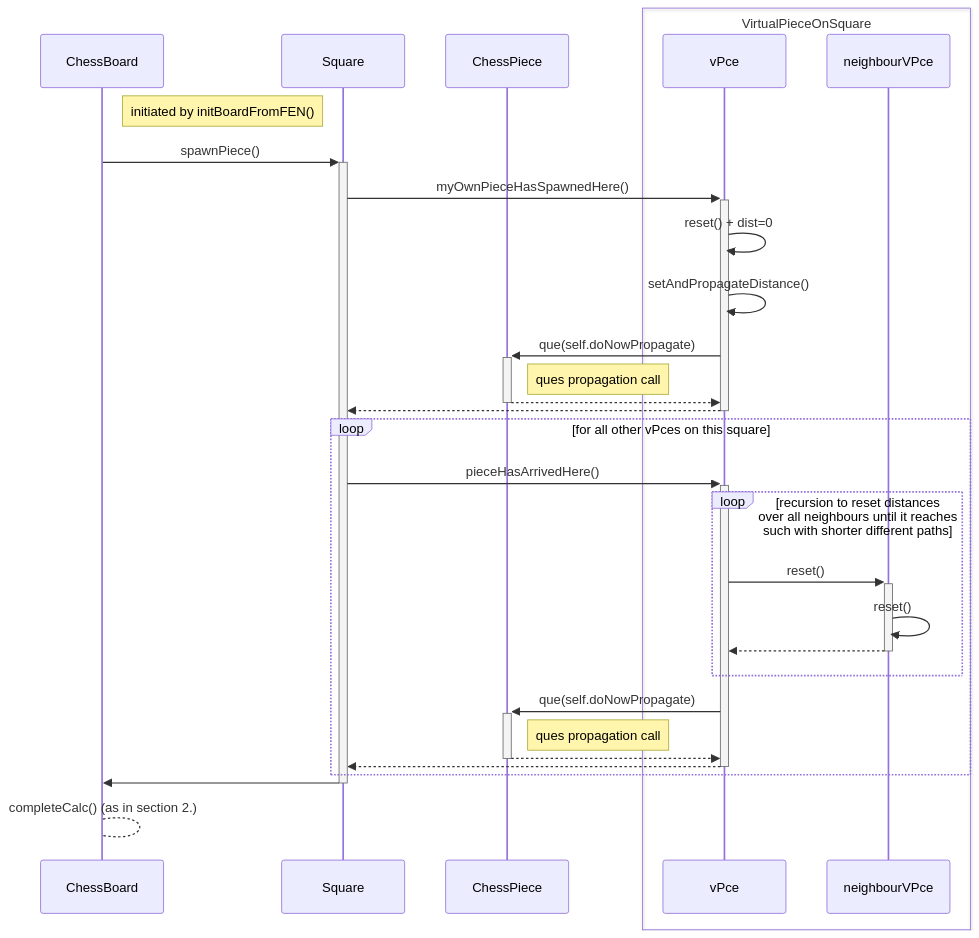
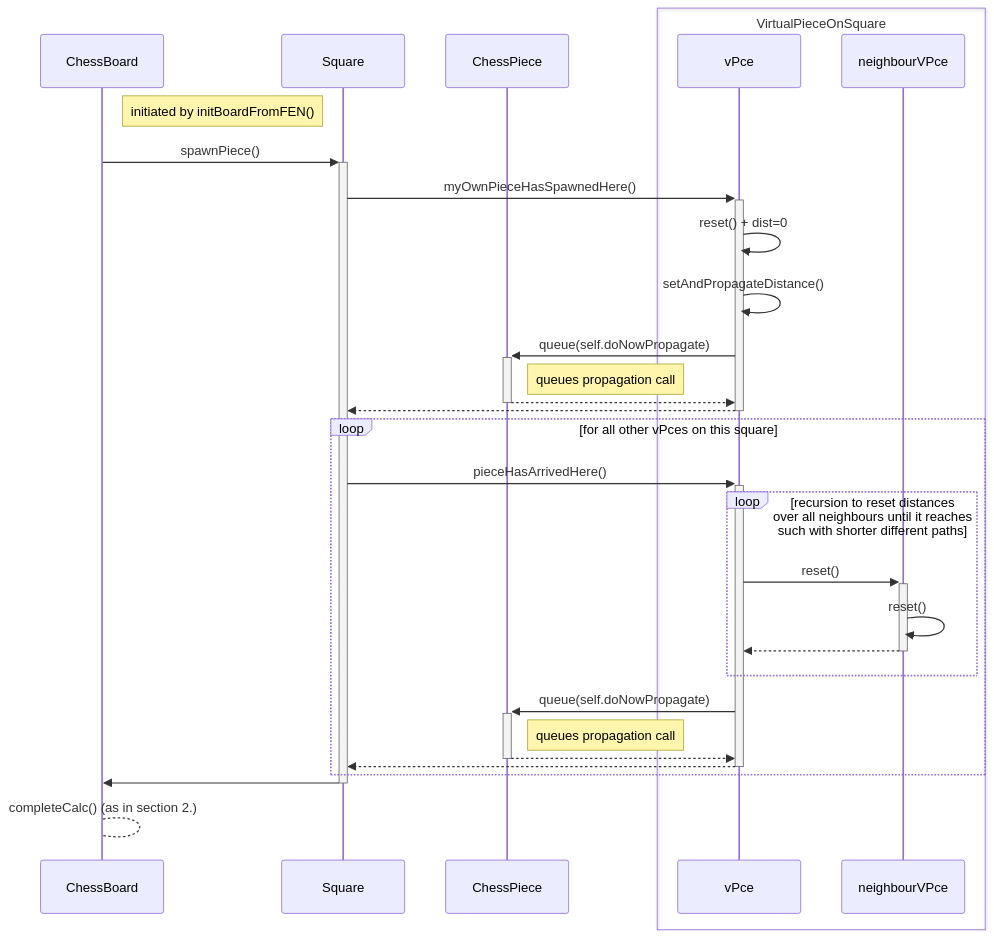
Before and after one commit to chrinspire/TideEval: the first of 4 diagrams in src/doc/distUpdateFlow.md, drawn with Mermaid. The commit also changed other lines of this file, not shown here.

Commit message:
improves distUpdate flow diagrams and adds details for pawns

````diff
--- a/src/doc/distUpdateFlow.md
+++ b/src/doc/distUpdateFlow.md
@@ -13,38 +13,38 @@
-```mermaid 
+```mermaid
 sequenceDiagram
     participant ChessBoard
     participant Square
     participant ChessPiece
     box VirtualPieceOnSquare
         participant vPce
         participant neighbourVPce
     end
 
-    Note right of ChessBoard: initiated by initBoardFromFEN() 
+    Note right of ChessBoard: initiated by initBoardFromFEN()
     ChessBoard->>+Square: spawnPiece()
     Square->>+vPce: myOwnPieceHasSpawnedHere()
     vPce->>vPce: reset() + dist=0
     vPce->>vPce: setAndPropagateDistance()
-    vPce->>+ChessPiece: que(self.doNowPropagate)
-    Note right of ChessPiece: ques propagation call
+    vPce->>+ChessPiece: queue(self.doNowPropagate)
+    Note right of ChessPiece: queues propagation call
     ChessPiece-->>-vPce: 
-    vPce-->>-Square: 
+    vPce-->>-Square:  
 
     loop for all other vPces on this square
         Square->>+vPce: pieceHasArrivedHere()
-    
-        loop recursion to reset distances <br/>over all neighbours until it reaches <br/>such with shorter different paths  
+
+        loop recursion to reset distances <br/>over all neighbours until it reaches <br/>such with shorter different paths
             vPce->>+neighbourVPce: reset()
             neighbourVPce->>neighbourVPce: reset()
             neighbourVPce-->>-vPce: 
         end
-        vPce->>+ChessPiece: que(self.doNowPropagate)
-        Note right of ChessPiece: ques propagation call
+        vPce->>+ChessPiece: queue(self.doNowPropagate)
+        Note right of ChessPiece: queues propagation call
         ChessPiece-->>-vPce: 
-    
+
         vPce-->>-Square: 
     end
     Square->>-ChessBoard: 
     ChessBoard-->ChessBoard: completeCalc() (as in section 2.)
-    
+
 ```
````
